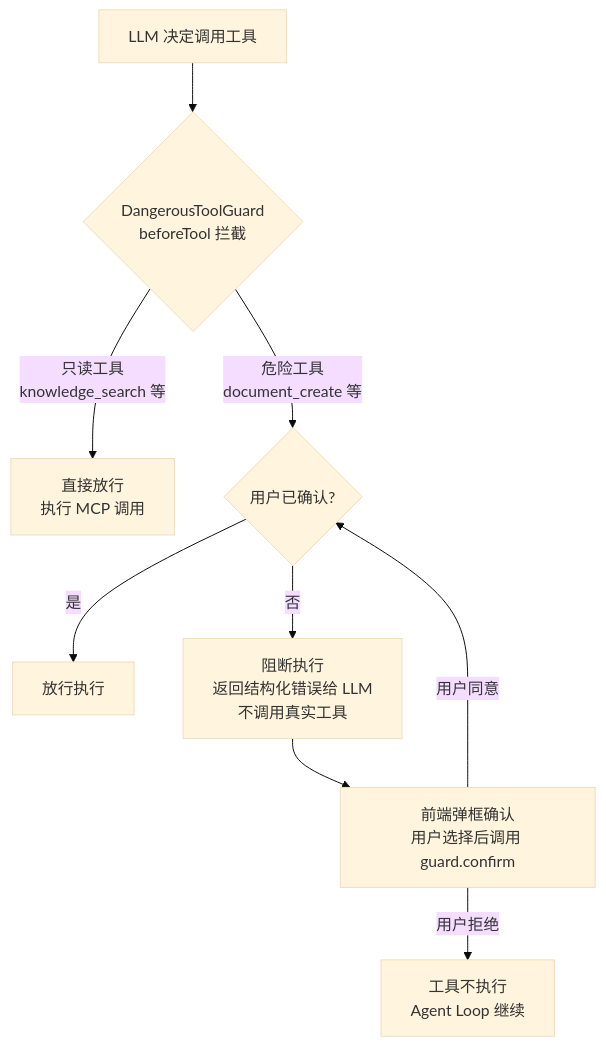
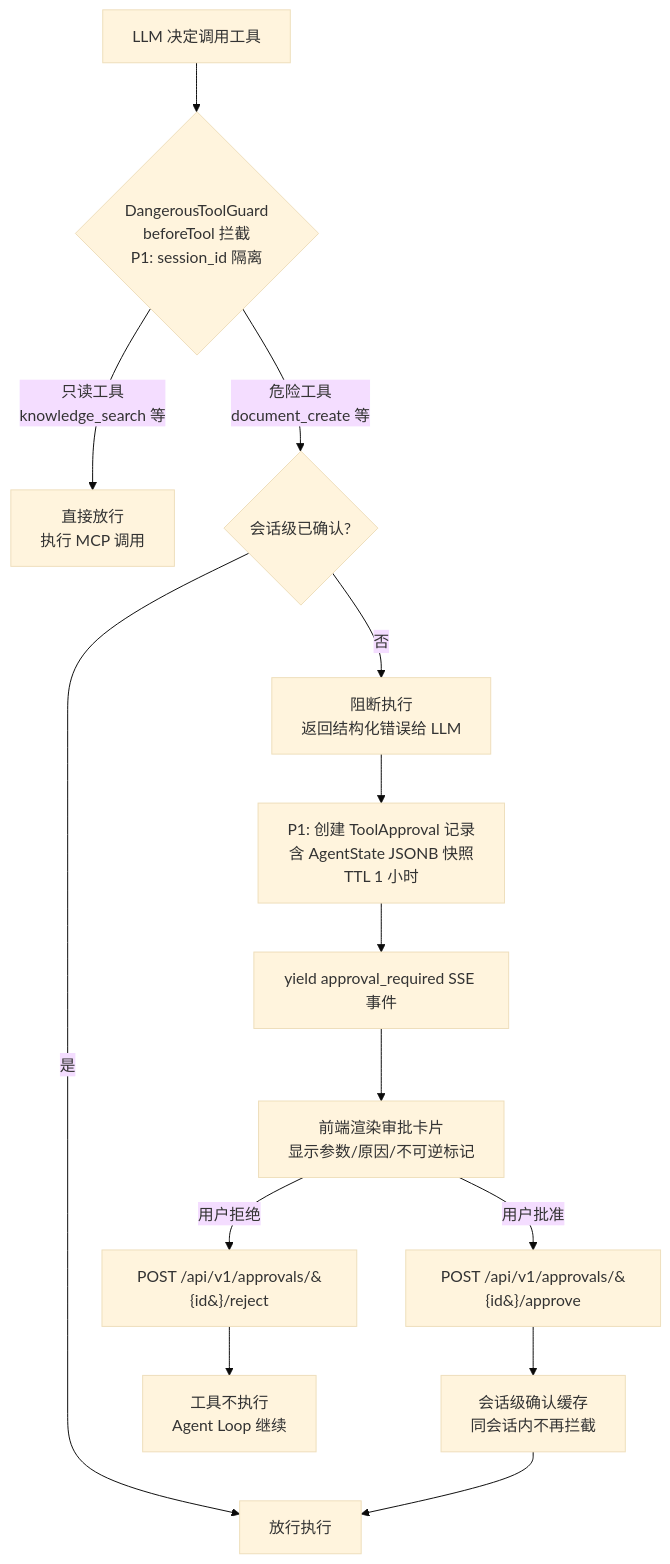
One commit to jamesfeng2009/KnowledgeBase changed the third of 27 diagrams in README.md. Above: the diagram before and after it, drawn with Mermaid (base theme). The commit also changed other lines of this file, not shown here.

````diff
--- a/README.md
+++ b/README.md
@@ -362,11 +377,16 @@
 ```mermaid
 flowchart TD
-    LLM_DECIDE[LLM 决定调用工具] --> GUARD{DangerousToolGuard<br/>beforeTool 拦截}
+    LLM_DECIDE[LLM 决定调用工具] --> GUARD{DangerousToolGuard<br/>beforeTool 拦截<br/>P1: session_id 隔离}
     GUARD -->|只读工具<br/>knowledge_search 等| ALLOW[直接放行<br/>执行 MCP 调用]
-    GUARD -->|危险工具<br/>document_create 等| CONFIRM{用户已确认?}
-    CONFIRM -->|是| ALLOW_CONFIRMED[放行执行]
-    CONFIRM -->|否| BLOCK[阻断执行<br/>返回结构化错误给 LLM<br/>不调用真实工具]
-    BLOCK --> NOTIFY[前端弹框确认<br/>用户选择后调用 guard.confirm]
-    NOTIFY -->|用户同意| CONFIRM
-    NOTIFY -->|用户拒绝| REJECTED[工具不执行<br/>Agent Loop 继续]
+    GUARD -->|危险工具<br/>document_create 等| SESSION{会话级已确认?}
+    SESSION -->|是| ALLOW_CONFIRMED[放行执行]
+    SESSION -->|否| BLOCK[阻断执行<br/>返回结构化错误给 LLM]
+    BLOCK --> CREATE[P1: 创建 ToolApproval 记录<br/>含 AgentState JSONB 快照<br/>TTL 1 小时]
+    CREATE --> SSE[yield approval_required SSE 事件]
+    SSE --> FRONTEND[前端渲染审批卡片<br/>显示参数/原因/不可逆标记]
+    FRONTEND -->|用户批准| REST_APPROVE[POST /api/v1/approvals/&#123;id&#125;/approve]
+    FRONTEND -->|用户拒绝| REST_REJECT[POST /api/v1/approvals/&#123;id&#125;/reject]
+    REST_APPROVE --> CACHE[会话级确认缓存<br/>同会话内不再拦截]
+    REST_REJECT --> REJECTED[工具不执行<br/>Agent Loop 继续]
+    CACHE --> ALLOW_CONFIRMED
 ```
````
